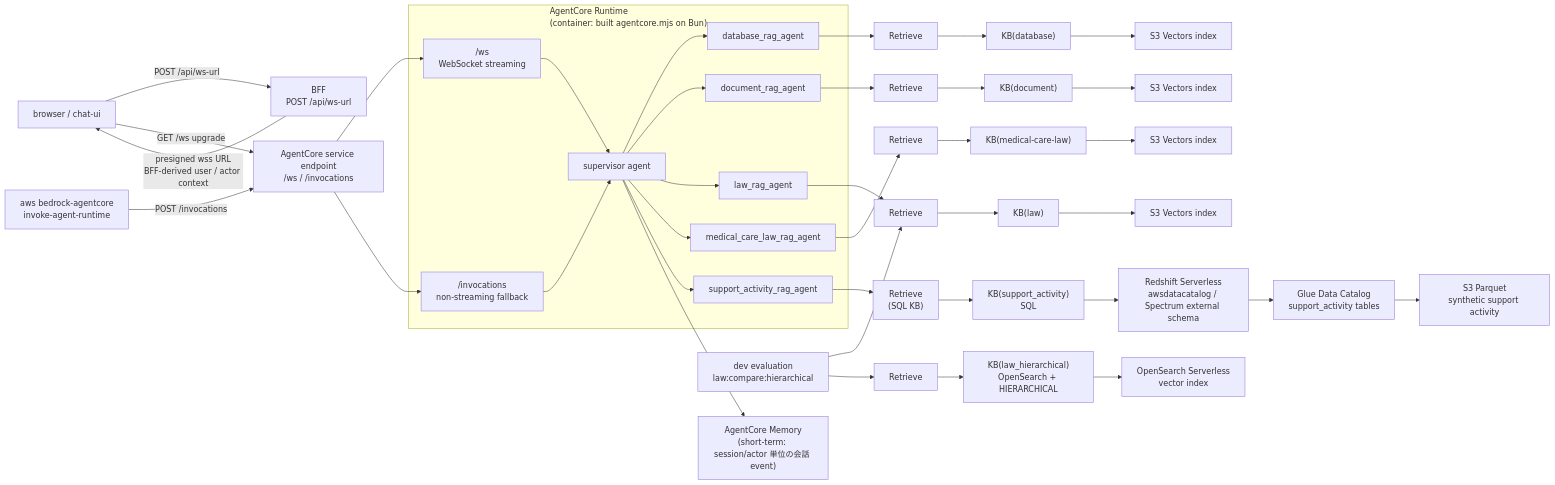
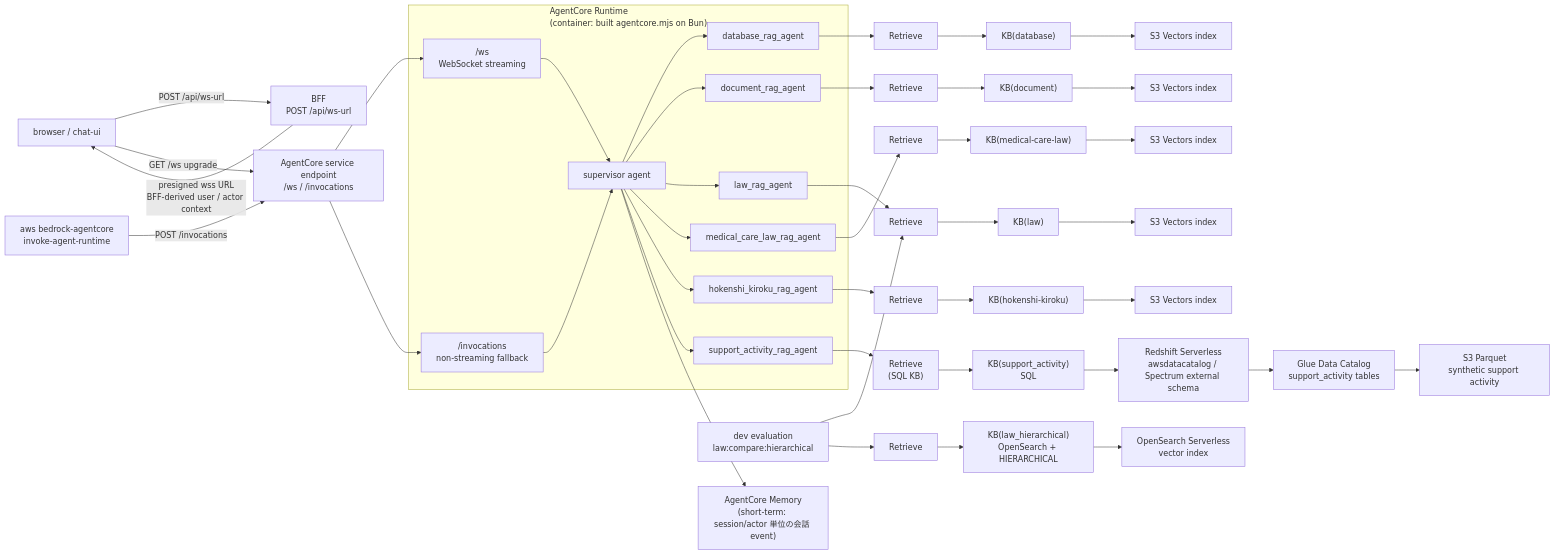
One commit to nichicom-c/wel-agents-poc changed the diagram in terraform/aws/agentcore/README.md. Above: the diagram before and after it, drawn with Mermaid. The commit also changed other lines of this file and 402 other files, not shown here.

````diff
--- a/terraform/aws/agentcore/README.md
+++ b/terraform/aws/agentcore/README.md
@@ -13,60 +13,66 @@
 ```mermaid
 flowchart LR
     browser["browser / chat-ui"]
     bff["BFF<br/>POST /api/ws-url"]
     service["AgentCore service endpoint<br/>/ws / /invocations"]
     smoke["aws bedrock-agentcore<br/>invoke-agent-runtime"]
 
     subgraph runtime["AgentCore Runtime<br/>(container: built agentcore.mjs on Bun)"]
         ws["/ws<br/>WebSocket streaming"]
         invocations["/invocations<br/>non-streaming fallback"]
         supervisor["supervisor agent"]
         dbAgent["database_rag_agent"]
         docAgent["document_rag_agent"]
         lawAgent["law_rag_agent"]
         medAgent["medical_care_law_rag_agent"]
+        hokAgent["hokenshi_kiroku_rag_agent"]
         supportAgent["support_activity_rag_agent"]
     end
 
     browser -->|"POST /api/ws-url"| bff
     bff -->|"presigned wss URL<br/>BFF-derived user / actor context"| browser
     browser -->|"GET /ws upgrade"| service
     smoke -->|"POST /invocations"| service
     service --> ws
     service --> invocations
     ws --> supervisor
     invocations --> supervisor
     supervisor --> dbAgent
     supervisor --> docAgent
     supervisor --> lawAgent
     supervisor --> medAgent
+    supervisor --> hokAgent
     supervisor --> supportAgent
 
     dbAgent --> dbRetrieve["Retrieve"]
     dbRetrieve --> dbKb["KB(database)"]
     dbKb --> dbVectors["S3 Vectors index"]
 
     docAgent --> docRetrieve["Retrieve"]
     docRetrieve --> docKb["KB(document)"]
     docKb --> docVectors["S3 Vectors index"]
 
     lawAgent --> lawRetrieve["Retrieve"]
     lawRetrieve --> lawKb["KB(law)"]
     lawKb --> lawVectors["S3 Vectors index"]
     lawCompare["dev evaluation<br/>law:compare:hierarchical"] --> lawRetrieve
     lawCompare --> lawHierRetrieve["Retrieve"]
     lawHierRetrieve --> lawHierKb["KB(law_hierarchical)<br/>OpenSearch + HIERARCHICAL"]
     lawHierKb --> lawHierIndex["OpenSearch Serverless<br/>vector index"]
 
     medAgent --> medRetrieve["Retrieve"]
     medRetrieve --> medKb["KB(medical-care-law)"]
     medKb --> medVectors["S3 Vectors index"]
 
+    hokAgent --> hokRetrieve["Retrieve"]
+    hokRetrieve --> hokKb["KB(hokenshi-kiroku)"]
+    hokKb --> hokVectors["S3 Vectors index"]
+
     supportAgent --> supportRetrieve["Retrieve<br/>(SQL KB)"]
     supportRetrieve --> supportKb["KB(support_activity)<br/>SQL"]
     supportKb --> redshift["Redshift Serverless<br/>awsdatacatalog / Spectrum external schema"]
     redshift --> glue["Glue Data Catalog<br/>support_activity tables"]
     glue --> parquet["S3 Parquet<br/>synthetic support activity"]
 
     supervisor --> memory["AgentCore Memory<br/>(short-term: session/actor 単位の会話 event)"]
 ```
````
